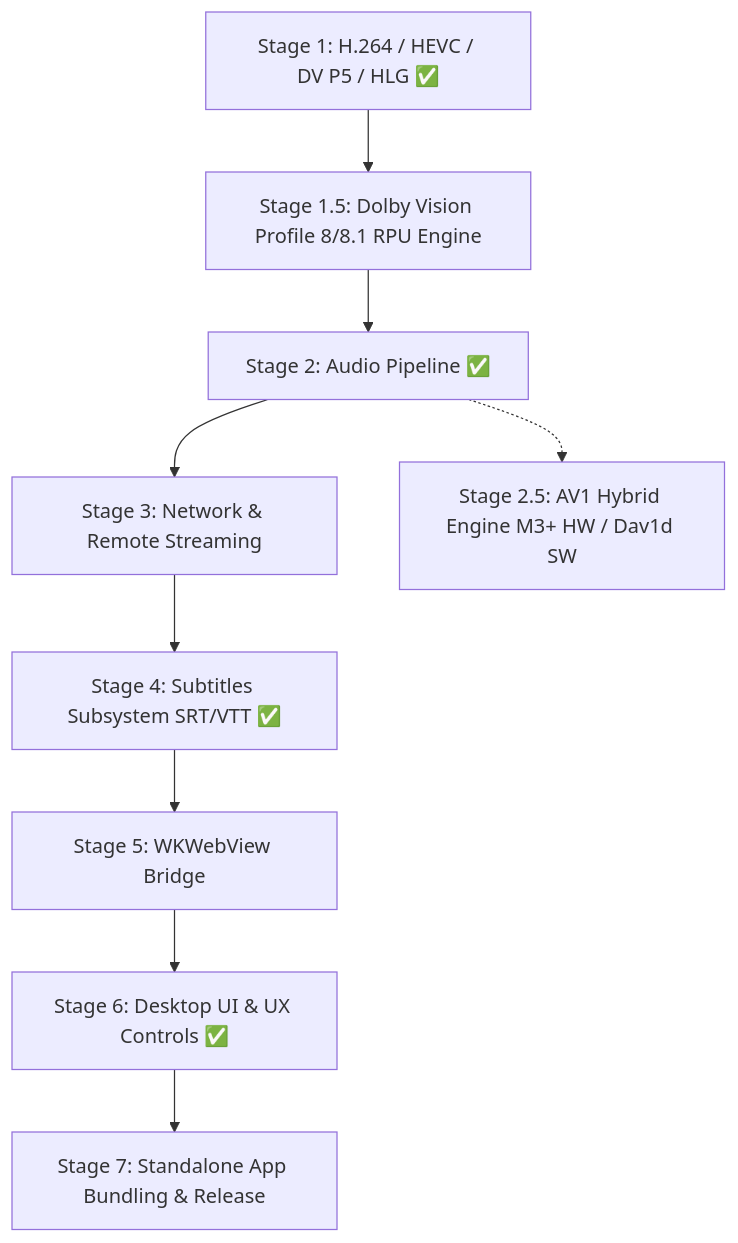
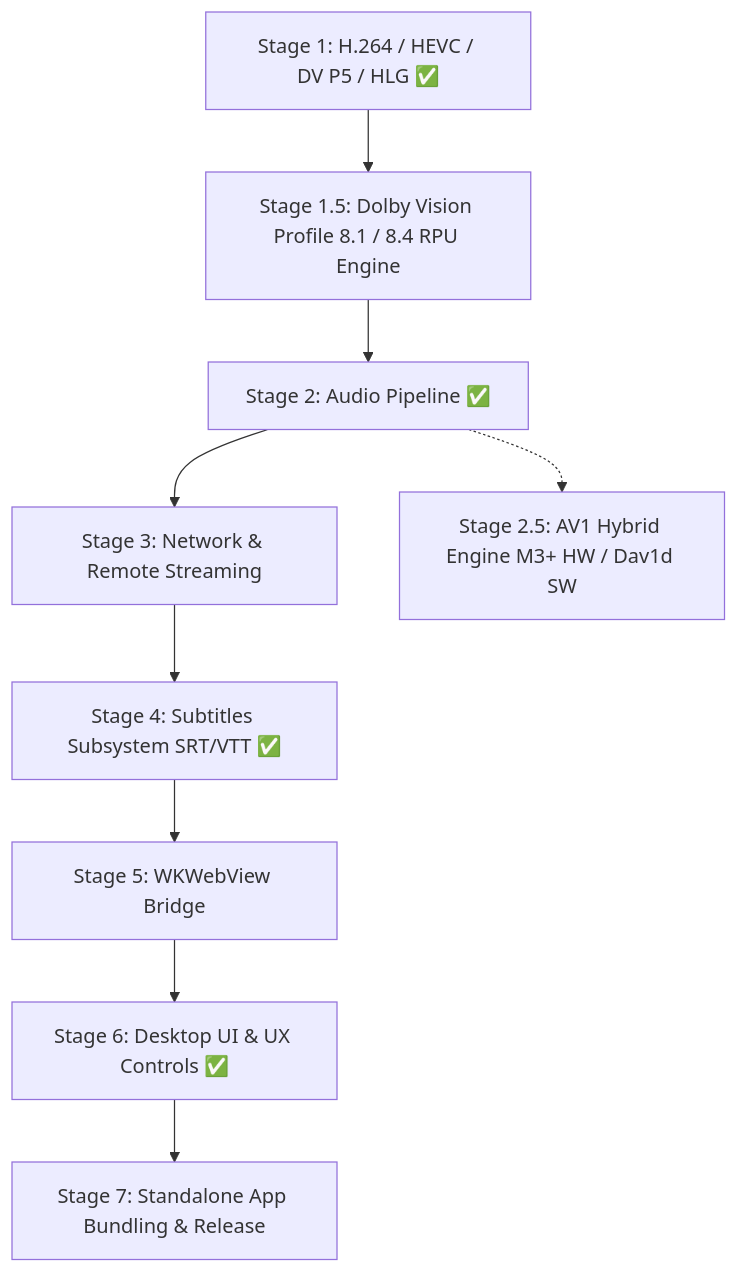
Before and after one commit to ghotriw/metal-player: the diagram in docs/ROADMAP.md, drawn with Mermaid. The commit also changed other lines of this file and 12 other files, not shown here.

Commit message:
feat: add Dolby Vision Profile 8 hardware decoding and fix SDR color defaults

````diff
--- a/docs/ROADMAP.md
+++ b/docs/ROADMAP.md
@@ -22,11 +22,11 @@
 ```mermaid
 flowchart TD
-    M1["Stage 1: H.264 / HEVC / DV P5 / HLG ✅"] --> M15["Stage 1.5: Dolby Vision Profile 8/8.1 RPU Engine"]
+    M1["Stage 1: H.264 / HEVC / DV P5 / HLG ✅"] --> M15["Stage 1.5: Dolby Vision Profile 8.1 / 8.4 RPU Engine"]
     M15 --> M2["Stage 2: Audio Pipeline ✅"]
     M2 --> M3["Stage 3: Network & Remote Streaming"]
     M3 --> M4["Stage 4: Subtitles Subsystem SRT/VTT ✅"]
     M4 --> M5["Stage 5: WKWebView Bridge"]
     M5 --> M6["Stage 6: Desktop UI & UX Controls ✅"]
     M6 --> M7["Stage 7: Standalone App Bundling & Release"]
     M2 -.-> M25["Stage 2.5: AV1 Hybrid Engine M3+ HW / Dav1d SW"]
 ```
````
